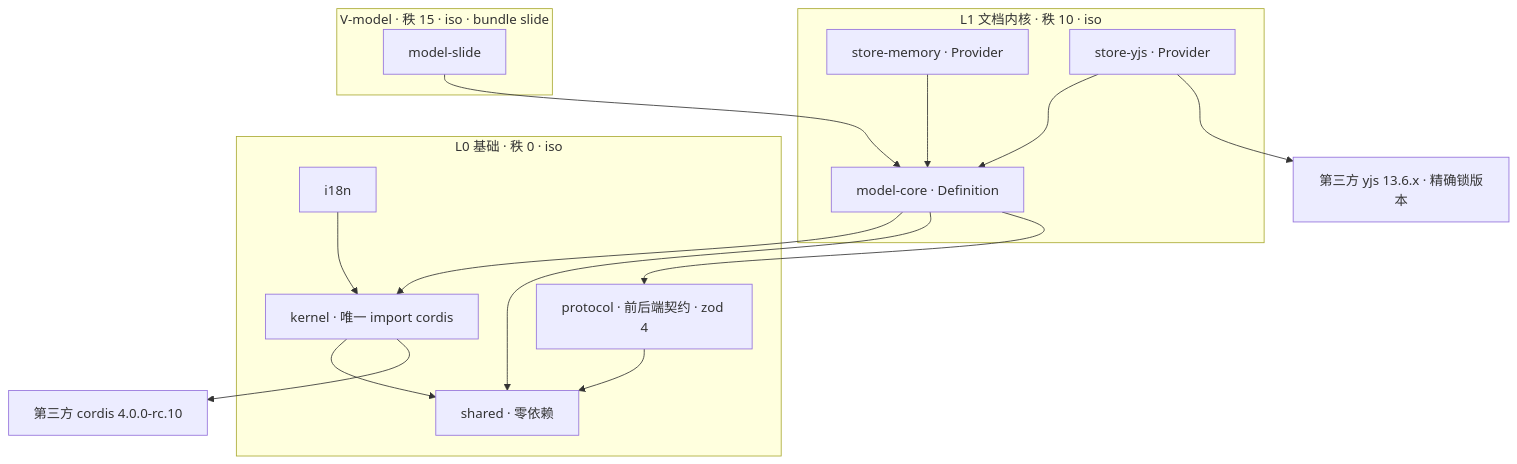
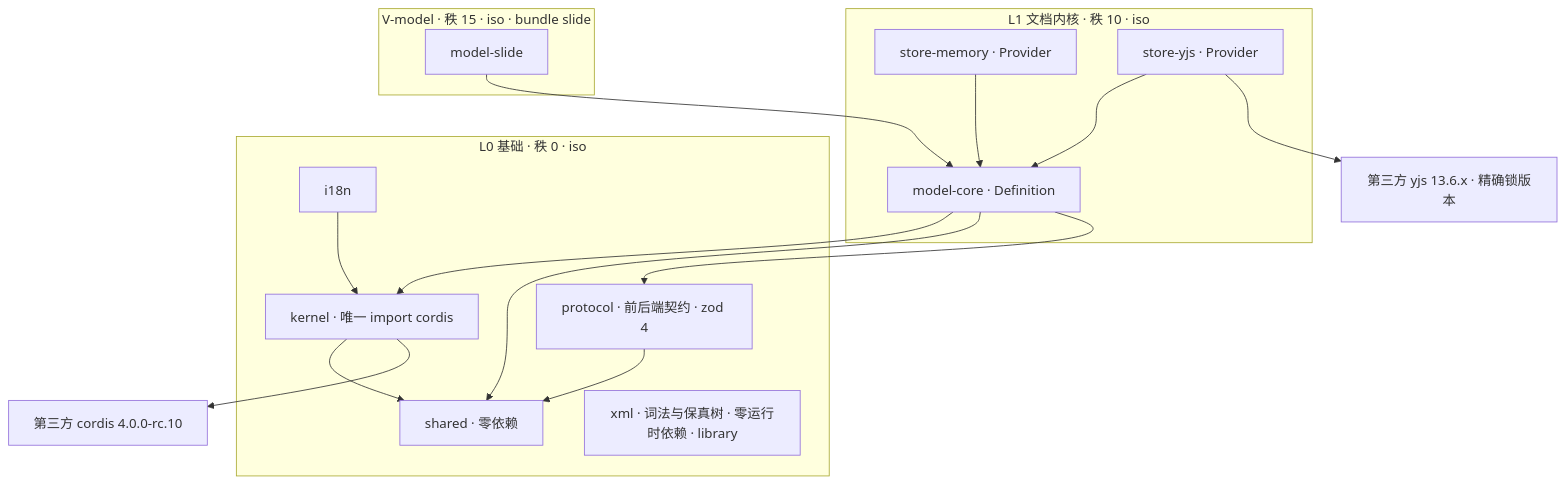
Before and after one commit to Xeonice/cordis-ppt-editor: the seventh of 36 diagrams in docs/40-modules/18-atlas-system-and-frontend.md, drawn with Mermaid. The commit also changed other lines of this file and 78 other files, not shown here.

````diff
--- a/docs/40-modules/18-atlas-system-and-frontend.md
+++ b/docs/40-modules/18-atlas-system-and-frontend.md
@@ -237,30 +237,31 @@
 ```mermaid
 flowchart TB
   subgraph vm["V-model · 秩 15 · iso · bundle slide"]
     modelSlide["model-slide"]
   end
   subgraph l1["L1 文档内核 · 秩 10 · iso"]
     modelCore["model-core · Definition"]
     storeMemory["store-memory · Provider"]
     storeYjs["store-yjs · Provider"]
   end
   subgraph l0["L0 基础 · 秩 0 · iso"]
     shared["shared · 零依赖"]
     kernel["kernel · 唯一 import cordis"]
     protocol["protocol · 前后端契约 · zod 4"]
     i18n["i18n"]
+    xmlPkg["xml · 词法与保真树 · 零运行时依赖 · library"]
   end
   cordisLib["第三方 cordis 4.0.0-rc.10"]
   yjsLib["第三方 yjs 13.6.x · 精确锁版本"]
   modelSlide --> modelCore
   storeMemory --> modelCore
   storeYjs --> modelCore
   storeYjs --> yjsLib
   modelCore --> kernel
   modelCore --> shared
   modelCore --> protocol
   i18n --> kernel
   kernel --> shared
   kernel --> cordisLib
   protocol --> shared
 ```
````
